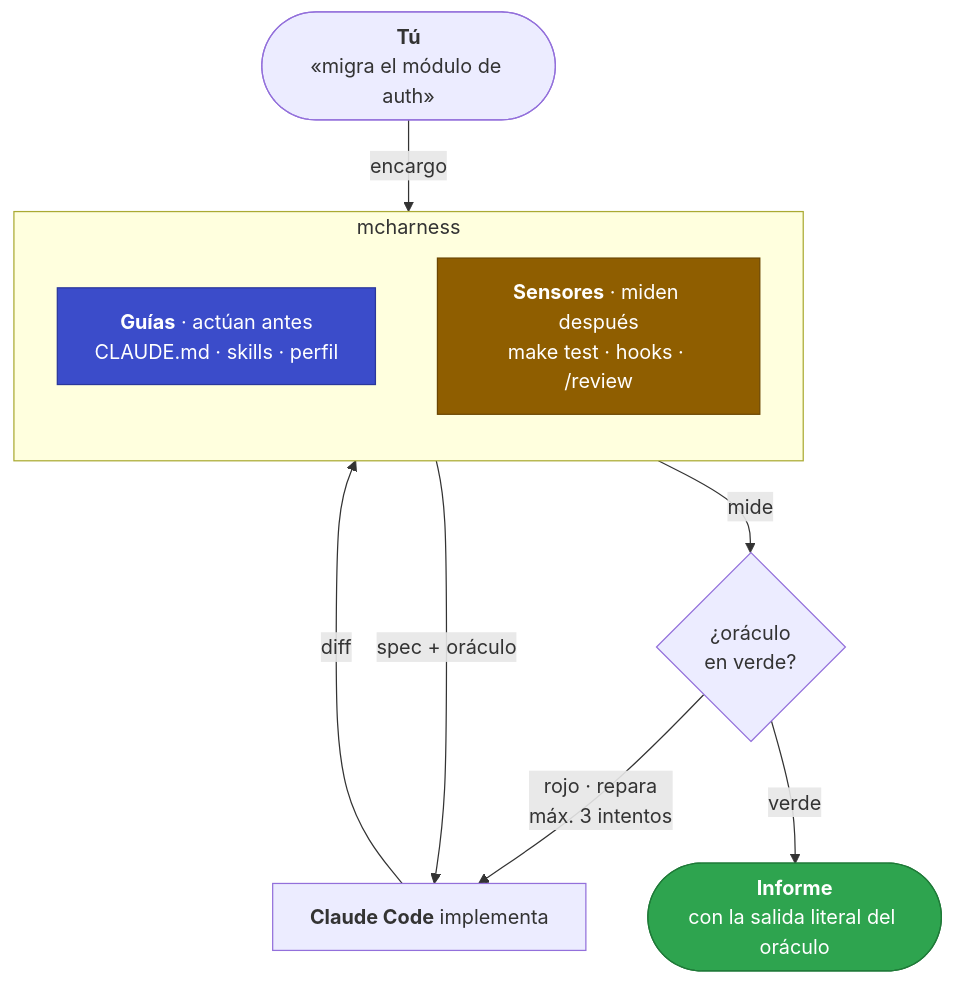
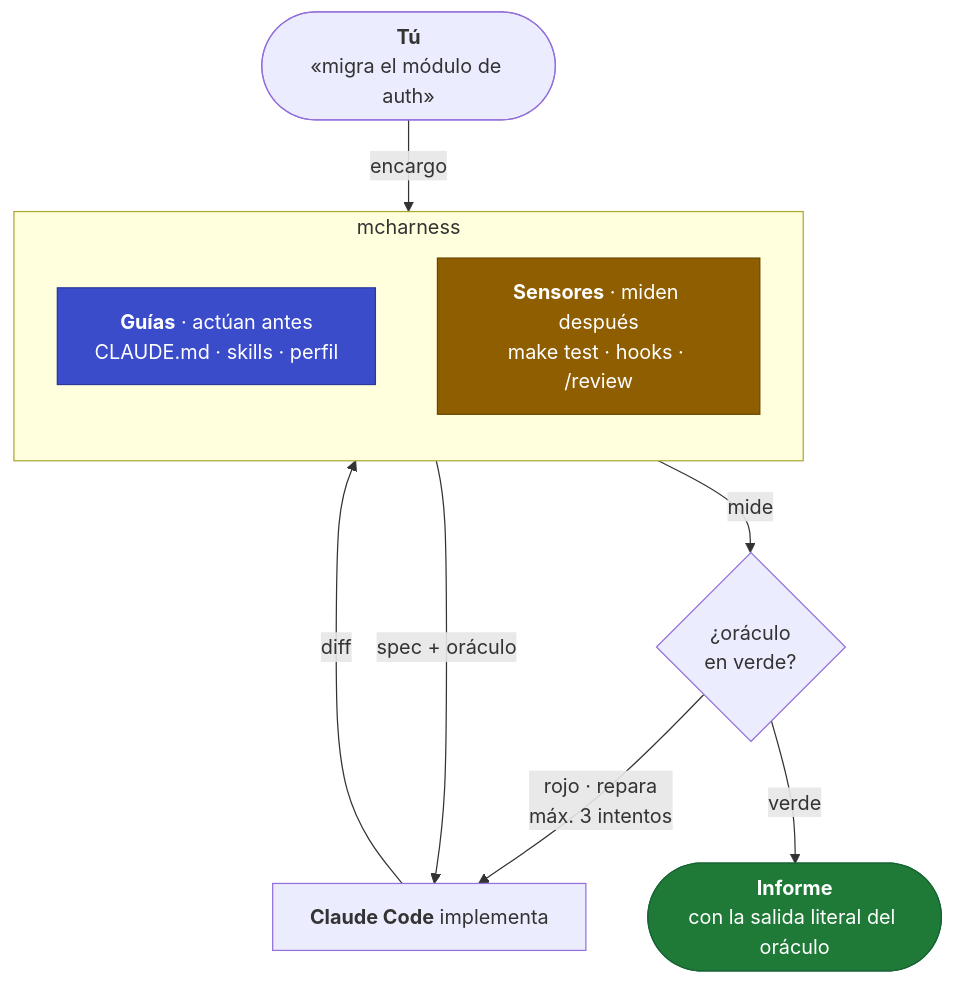
The first of 3 diagrams in README.md (manuelcozar55/setup-claude-code), drawn with Mermaid before and after one commit. The commit also changed other lines of this file and 1 other file, not shown here.

First paragraph of the commit message:
docs: dos colores no llegaban a AA, y el sensor ahora MIDE el contraste
Corrijo primero una cifra falsa que escribi en el mensaje de 7adaf1c: dije que
la etiqueta de flecha mas larga bajaba "de 27 a 21 caracteres" y la medicion
real es 33. No enmiendo un commit publicado; lo digo aqui.

````diff
--- a/README.md
+++ b/README.md
@@ -44,26 +44,26 @@
 ```mermaid
 flowchart TB
     U(["<b>Tú</b><br/>«migra el módulo de auth»"])
     subgraph H["mcharness"]
         direction TB
         G["<b>Guías</b> · actúan antes<br/>CLAUDE.md · skills · perfil"]
         S["<b>Sensores</b> · miden después<br/>make test · hooks · /review"]
     end
     CC["<b>Claude Code</b> implementa"]
     V{"¿oráculo<br/>en verde?"}
     R(["<b>Informe</b><br/>con la salida literal del oráculo"])
 
     U -->|"encargo"| G
     G -->|"spec + oráculo"| CC
     CC -->|"diff"| S
     S -->|"mide"| V
     V -->|"rojo · repara<br/>máx. 3 intentos"| CC
     V -->|"verde"| R
 
     classDef guia fill:#3B4CCA,stroke:#2A379B,color:#FFFFFF
     classDef sensor fill:#8F5E00,stroke:#6B4600,color:#FFFFFF
-    classDef verde fill:#2EA44F,stroke:#1F7A38,color:#FFFFFF
+    classDef verde fill:#1F7A38,stroke:#166534,color:#FFFFFF
     class G guia
     class S sensor
     class R verde
 ```
````
